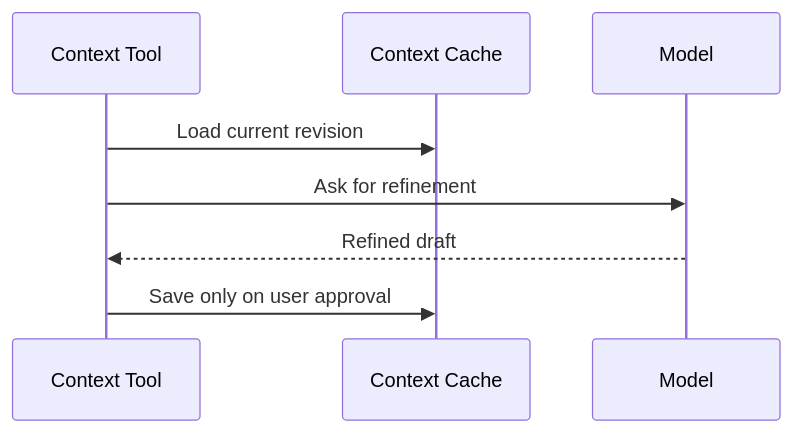
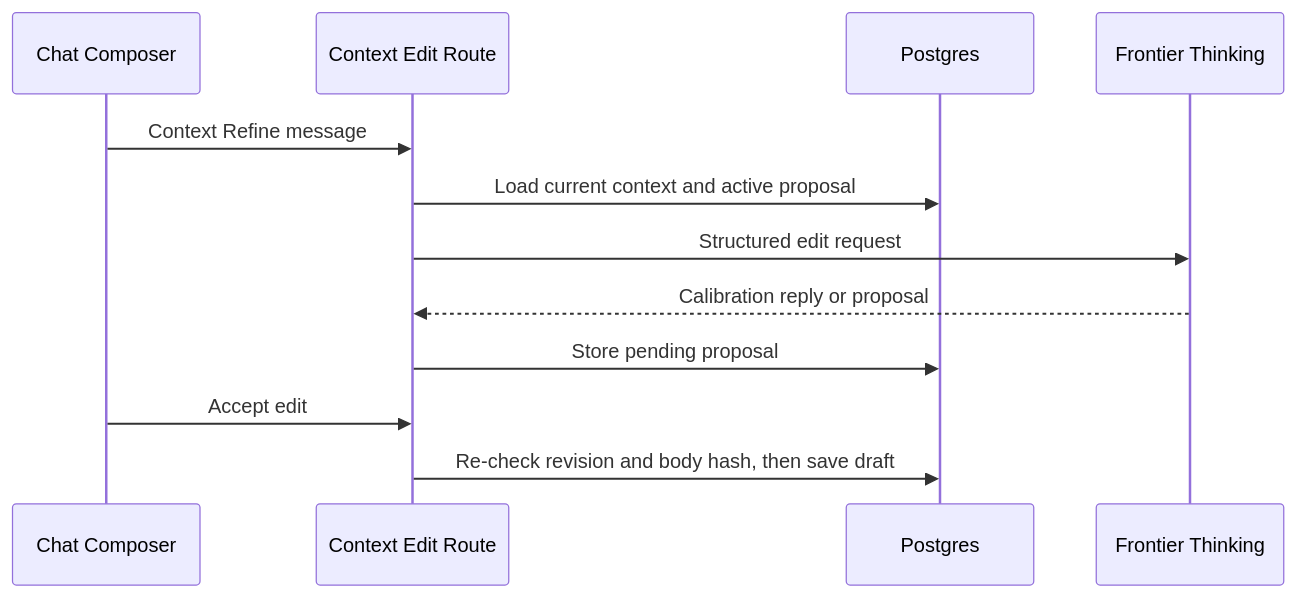
The diagram in docs/wiki/surfaces/refine-context.md (postfiatorg/tasknode), drawn with Mermaid before and after one commit. The commit also changed other lines of this file and 25 other files, not shown here.

````diff
--- a/docs/wiki/surfaces/refine-context.md
+++ b/docs/wiki/surfaces/refine-context.md
@@ -28,10 +30,14 @@
 ```mermaid
 sequenceDiagram
-  participant UI as Context Tool
-  participant DB as Context Cache
-  participant Model as Model
-  UI->>DB: Load current revision
-  UI->>Model: Ask for refinement
-  Model-->>UI: Refined draft
-  UI->>DB: Save only on user approval
+  participant UI as Chat Composer
+  participant Edit as Context Edit Route
+  participant DB as Postgres
+  participant Model as Frontier Thinking
+  UI->>Edit: Context Refine message
+  Edit->>DB: Load current context and active proposal
+  Edit->>Model: Structured edit request
+  Model-->>Edit: Calibration reply or proposal
+  Edit->>DB: Store pending proposal
+  UI->>Edit: Accept edit
+  Edit->>DB: Re-check revision and body hash, then save draft
 ```
````
